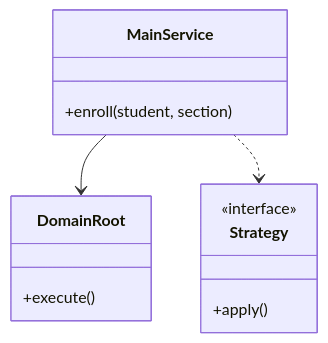
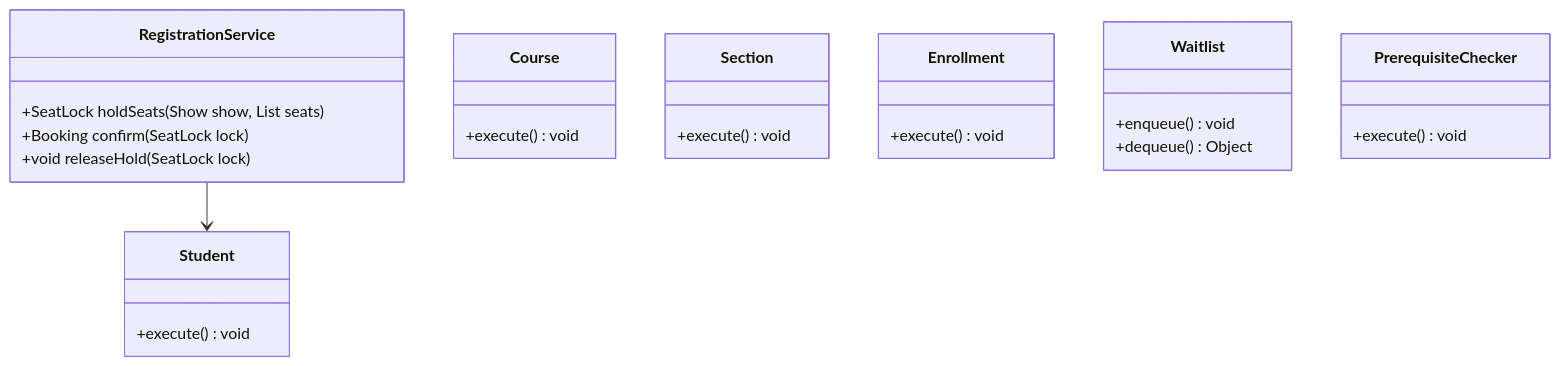
One commit to madhupaila/Interview-Prep-SSE changed the first of 3 diagrams in Learn/System Design - Low Level Design/02-classic-ood/questions/Q34-course-registration.md. Above: the diagram before and after it, drawn with Mermaid. The commit also changed other lines of this file and 491 other files, not shown here.

````diff
--- a/Learn/System Design - Low Level Design/02-classic-ood/questions/Q34-course-registration.md
+++ b/Learn/System Design - Low Level Design/02-classic-ood/questions/Q34-course-registration.md
@@ -75,15 +93,28 @@
 ```mermaid
 classDiagram
-    class MainService {
-        +enroll(student, section)
+    class RegistrationService {
+        +SeatLock holdSeats(Show show, List<Seat> seats)
+        +Booking confirm(SeatLock lock)
+        +void releaseHold(SeatLock lock)
     }
-    class DomainRoot {
-        +execute()
+    class Student {
+        +execute() void
     }
-    class Strategy {
-        <<interface>>
-        +apply()
+    class Course {
+        +execute() void
     }
-    MainService --> DomainRoot
-    MainService ..> Strategy
+    class Section {
+        +execute() void
+    }
+    class Enrollment {
+        +execute() void
+    }
+    class Waitlist {
+        +enqueue() void
+        +dequeue() Object
+    }
+    class PrerequisiteChecker {
+        +execute() void
+    }
+    RegistrationService --> Student
 ```
````
